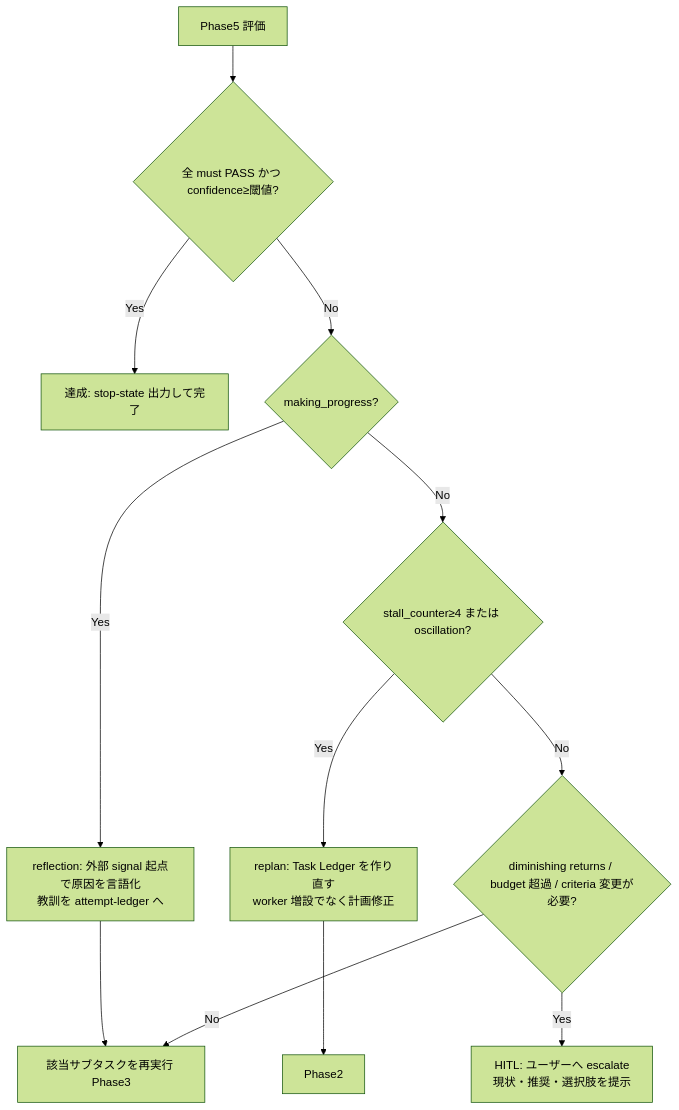
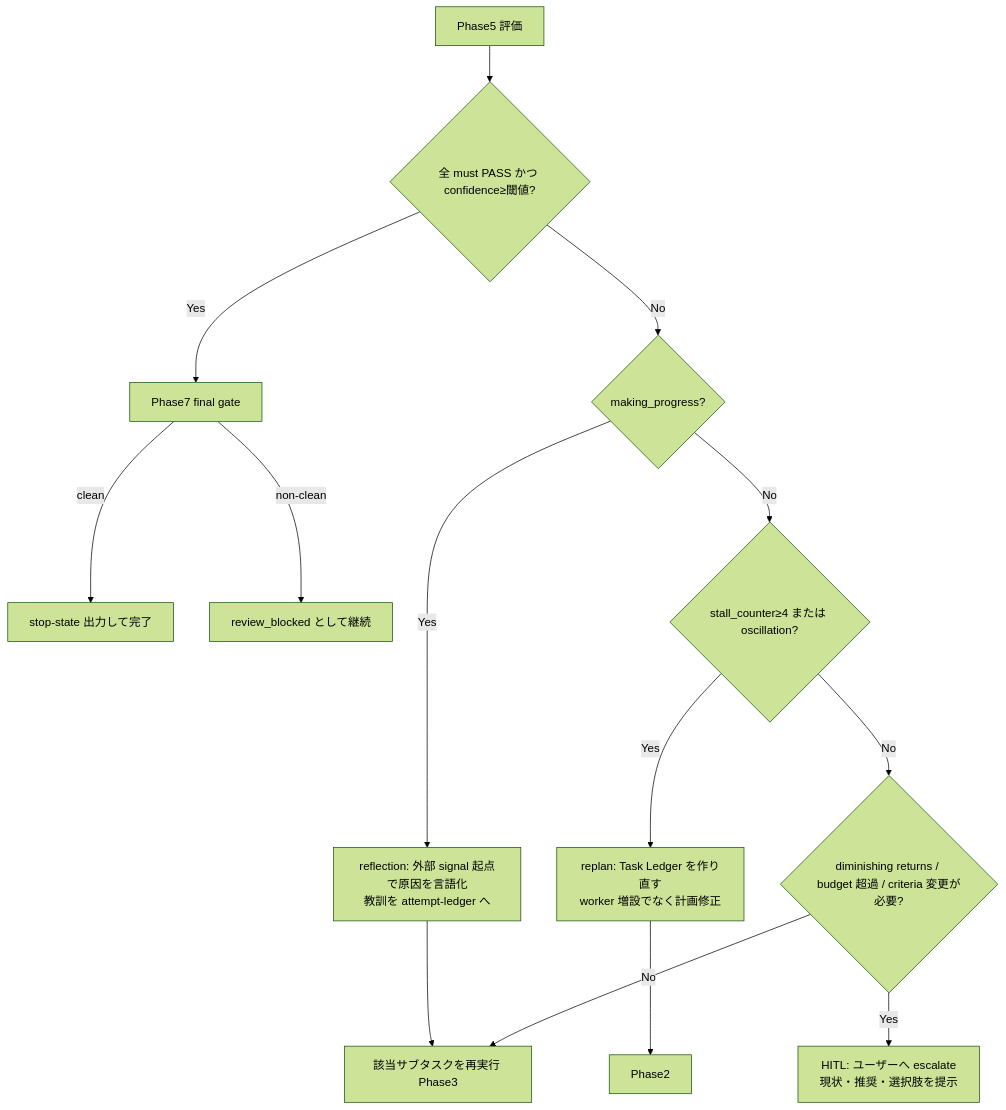
The diagram in goal-loop/SKILL.md (aktsmm/Agent-Skills), drawn with Mermaid (forest theme) before and after one commit. The commit also changed other lines of this file and 5 other files, not shown here.

````diff
--- a/goal-loop/SKILL.md
+++ b/goal-loop/SKILL.md
@@ -237,12 +254,14 @@
 ```mermaid
 flowchart TD
   E[Phase5 評価] --> A{全 must PASS かつ confidence≥閾値?}
-  A -- Yes --> DONE[達成: stop-state 出力して完了]
+  A -- Yes --> FG[Phase7 final gate]
+  FG -- clean --> DONE[stop-state 出力して完了]
+  FG -- non-clean --> RB[review_blocked として継続]
   A -- No --> P{making_progress?}
   P -- Yes --> R[reflection: 外部 signal 起点で原因を言語化<br/>教訓を attempt-ledger へ] --> RE[該当サブタスクを再実行 Phase3]
   P -- No --> S{stall_counter≥4 または oscillation?}
   S -- Yes --> RP[replan: Task Ledger を作り直す<br/>worker 増設でなく計画修正] --> Phase2
   S -- No --> H{diminishing returns / budget 超過 / criteria 変更が必要?}
   H -- Yes --> HITL[HITL: ユーザーへ escalate<br/>現状・推奨・選択肢を提示]
   H -- No --> RE
 ```
````
